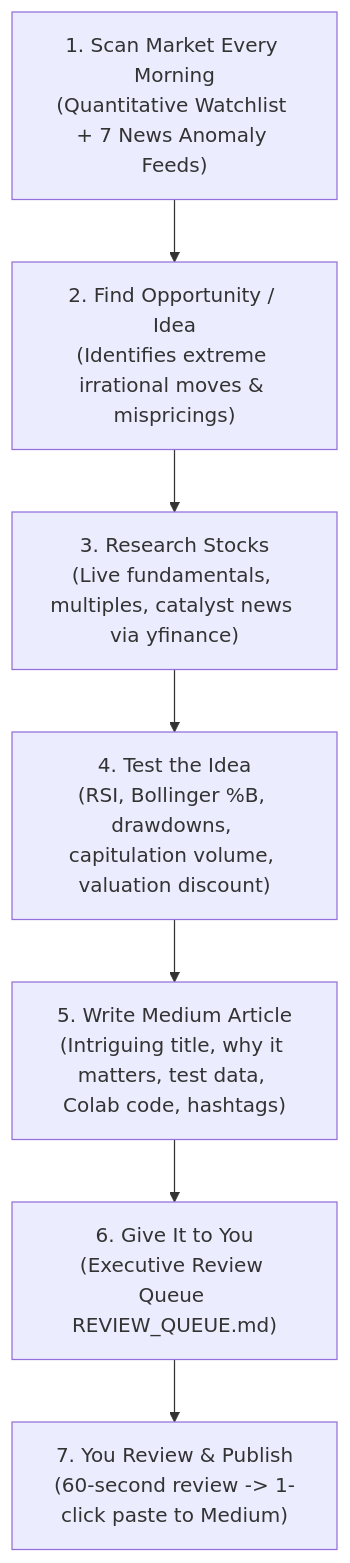
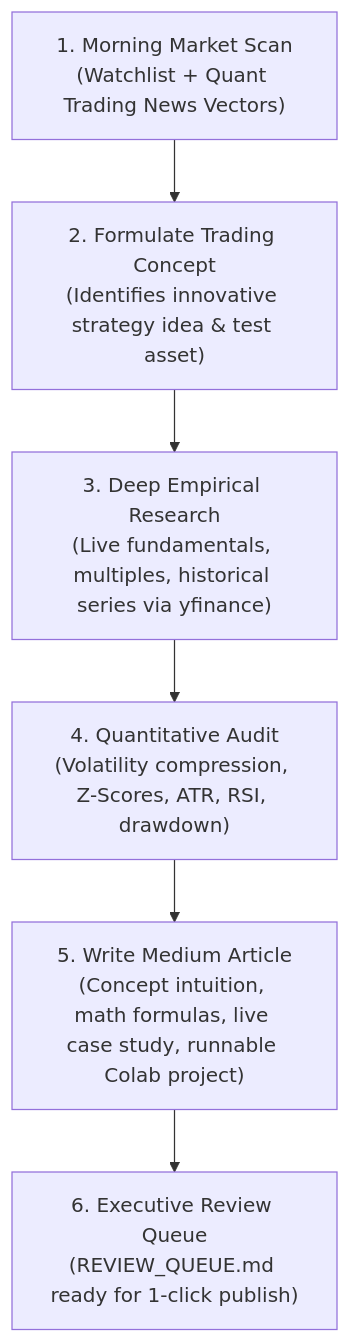
One commit to UnicornDay/AI_Employee changed the diagram in ROWAN_EMPLOYEE_GUIDE.md. Above: the diagram before and after it, drawn with Mermaid. The commit also changed other lines of this file and 11 other files, not shown here.

Commit message:
feat(rowan): pivot focus to new trading concepts, quant paradigms, and algorithmic strategies

````diff
--- a/ROWAN_EMPLOYEE_GUIDE.md
+++ b/ROWAN_EMPLOYEE_GUIDE.md
@@ -11,9 +11,8 @@
 ```mermaid
 flowchart TD
-    A["1. Scan Market Every Morning\n(Quantitative Watchlist + 7 News Anomaly Feeds)"] --> B["2. Find Opportunity / Idea\n(Identifies extreme irrational moves & mispricings)"]
-    B --> C["3. Research Stocks\n(Live fundamentals, multiples, catalyst news via yfinance)"]
-    C --> D["4. Test the Idea\n(RSI, Bollinger %B, drawdowns, capitulation volume, valuation discount)"]
-    D --> E["5. Write Medium Article\n(Intriguing title, why it matters, test data, Colab code, hashtags)"]
-    E --> F["6. Give It to You\n(Executive Review Queue REVIEW_QUEUE.md)"]
-    F --> G["7. You Review & Publish\n(60-second review -> 1-click paste to Medium)"]
+    A["1. Morning Market Scan\n(Watchlist + Quant Trading News Vectors)"] --> B["2. Formulate Trading Concept\n(Identifies innovative strategy idea & test asset)"]
+    B --> C["3. Deep Empirical Research\n(Live fundamentals, multiples, historical series via yfinance)"]
+    C --> D["4. Quantitative Audit\n(Volatility compression, Z-Scores, ATR, RSI, drawdown)"]
+    D --> E["5. Write Medium Article\n(Concept intuition, math formulas, live case study, runnable Colab project)"]
+    E --> F["6. Executive Review Queue\n(REVIEW_QUEUE.md ready for 1-click publish)"]
 ```
````
